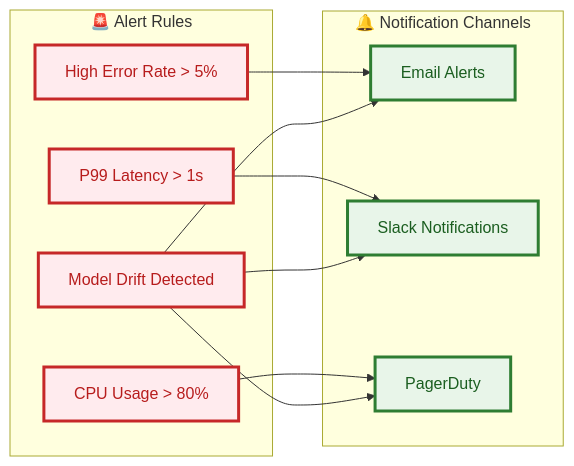
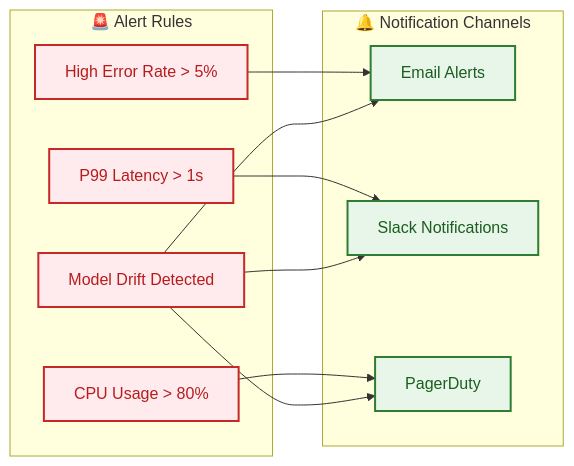
Before and after one commit to VIKAS9793/Krishisahayak-2.0: diagram 14 of 14 in docs/ARCHITECTURE.md, drawn with Mermaid. The commit also changed other lines of this file and 7 other files, not shown here.

````diff
--- a/docs/ARCHITECTURE.md
+++ b/docs/ARCHITECTURE.md
@@ -687,26 +677,28 @@
 ```mermaid
 graph LR
     subgraph Rules [" 🚨 Alert Rules "]
         A[High Error Rate > 5%]
         B[P99 Latency > 1s]
         C[CPU Usage > 80%]
         D[Model Drift Detected]
     end
     
     subgraph Actions [" 🔔 Notification Channels "]
         E[Email Alerts]
         F[Slack Notifications]
         G[PagerDuty]
     end
     
     A --> E
     B --> F
     C --> G
-    D --> E & F & G
+    D --> E
+    D --> F
+    D --> G
     
-    classDef alert fill:#ffebee,stroke:#c62828,stroke-width:3px,color:#b71c1c
-    classDef notify fill:#e8f5e9,stroke:#2e7d32,stroke-width:3px,color:#1b5e20
+    classDef alert fill:#ffebee,stroke:#c62828,stroke-width:2px,color:#b71c1c
+    classDef notify fill:#e8f5e9,stroke:#2e7d32,stroke-width:2px,color:#1b5e20
     
     class A,B,C,D alert
     class E,F,G notify
 ```
````
